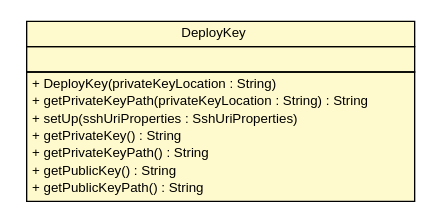
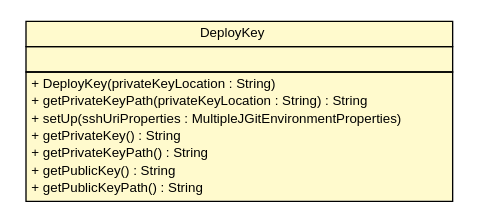
The diagram in snapshot/build-docker/spring-cloud-config/spring-cloud-config-server/apidocs/cn/home1/cloud/config/server/ssh/DeployKey.dot (cloud-ready/cloud-ready), drawn with Graphviz before and after one commit. The commit also changed 200 other files, not shown here.

Commit message:
Creating site for spring-cloud-config-server-2.0.1-springboot2-SNAPSHOT

```diff
--- a/snapshot/build-docker/spring-cloud-config/spring-cloud-config-server/apidocs/cn/home1/cloud/config/server/ssh/DeployKey.dot
+++ b/snapshot/build-docker/spring-cloud-config/spring-cloud-config-server/apidocs/cn/home1/cloud/config/server/ssh/DeployKey.dot
@@ -1,30 +1,30 @@
 #!/usr/local/bin/dot
 #
 # Class diagram 
 # Generated by UMLGraph version R5_6-24-gf6e263 (http://www.umlgraph.org/)
 #
 
 digraph G {
 	edge [fontname="Helvetica",fontsize=10,labelfontname="Helvetica",labelfontsize=10];
 	node [fontname="Helvetica",fontsize=10,shape=plaintext];
 	nodesep=0.25;
 	ranksep=0.5;
 	// cn.home1.cloud.config.server.ssh.DeployKey
-	c247 [label=<<table title="cn.home1.cloud.config.server.ssh.DeployKey" border="0" cellborder="1" cellspacing="0" cellpadding="2" port="p" bgcolor="lemonChiffon" href="./DeployKey.html">
+	c244 [label=<<table title="cn.home1.cloud.config.server.ssh.DeployKey" border="0" cellborder="1" cellspacing="0" cellpadding="2" port="p" bgcolor="lemonChiffon" href="./DeployKey.html">
 		<tr><td><table border="0" cellspacing="0" cellpadding="1">
 <tr><td align="center" balign="center"> DeployKey </td></tr>
 		</table></td></tr>
 		<tr><td><table border="0" cellspacing="0" cellpadding="1">
 <tr><td align="left" balign="left">  </td></tr>
 		</table></td></tr>
 		<tr><td><table border="0" cellspacing="0" cellpadding="1">
 <tr><td align="left" balign="left"> + DeployKey(privateKeyLocation : String) </td></tr>
 <tr><td align="left" balign="left"> + getPrivateKeyPath(privateKeyLocation : String) : String </td></tr>
-<tr><td align="left" balign="left"> + setUp(sshUriProperties : SshUriProperties) </td></tr>
+<tr><td align="left" balign="left"> + setUp(sshUriProperties : MultipleJGitEnvironmentProperties) </td></tr>
 <tr><td align="left" balign="left"> + getPrivateKey() : String </td></tr>
 <tr><td align="left" balign="left"> + getPrivateKeyPath() : String </td></tr>
 <tr><td align="left" balign="left"> + getPublicKey() : String </td></tr>
 <tr><td align="left" balign="left"> + getPublicKeyPath() : String </td></tr>
 		</table></td></tr>
 		</table>>, URL="./DeployKey.html", fontname="Helvetica", fontcolor="black", fontsize=10.0];
 }
```
